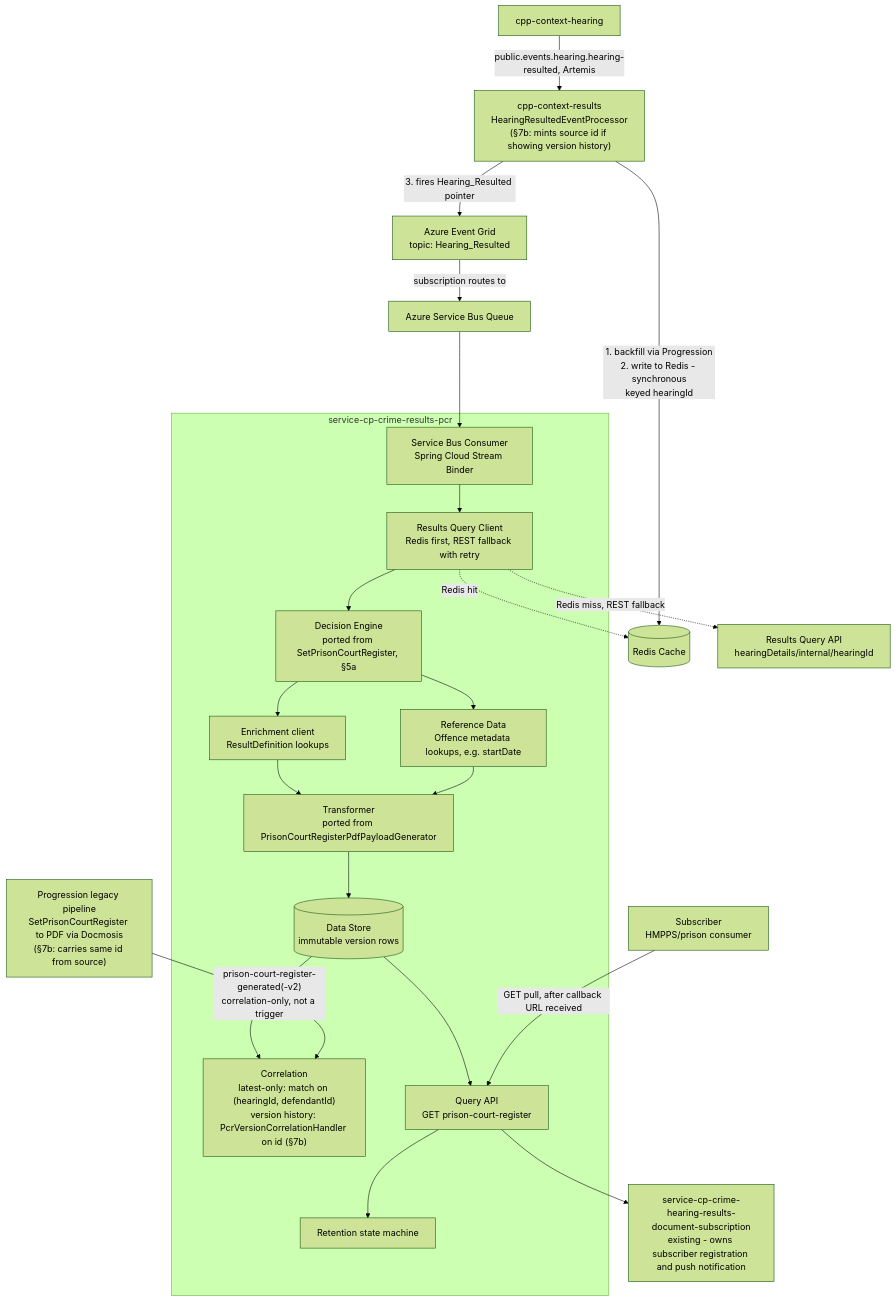
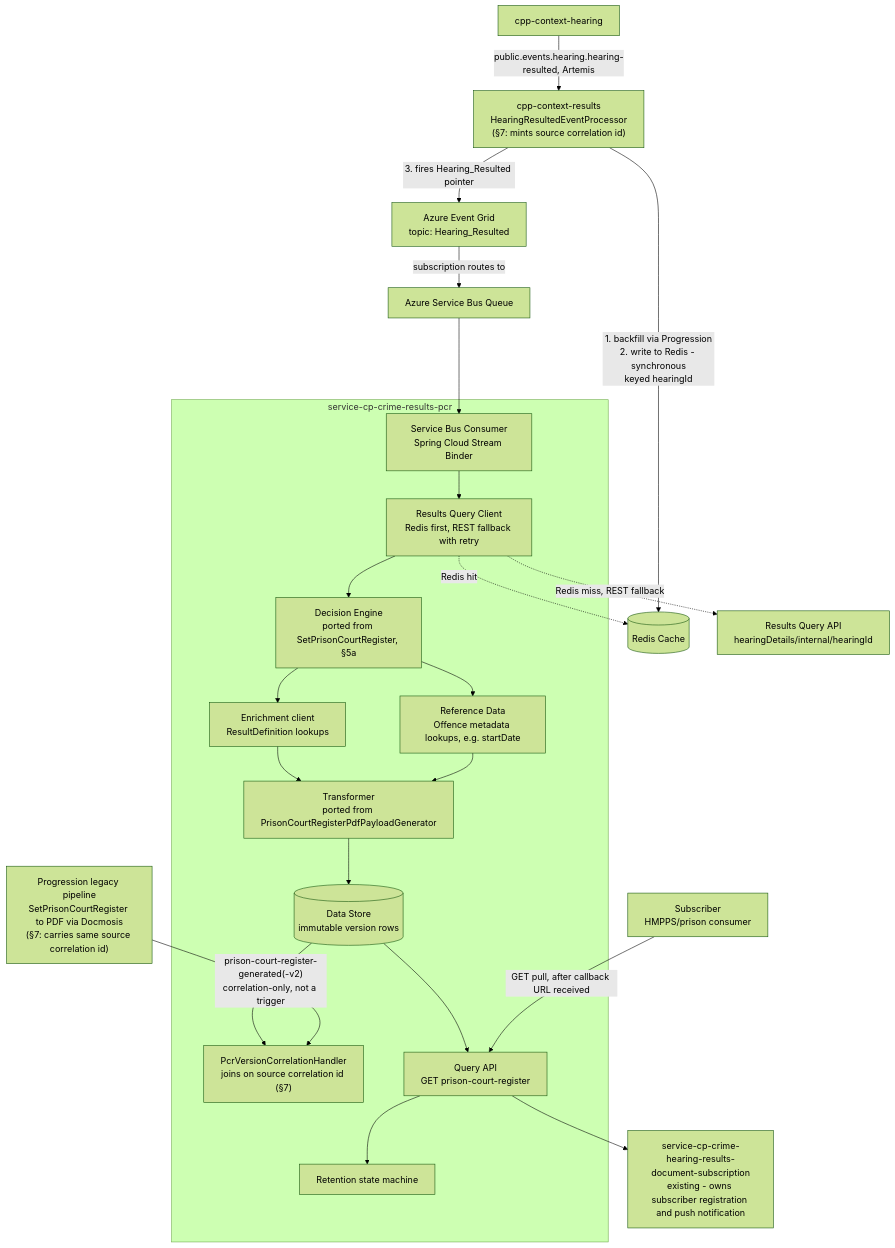
One commit to hmcts/service-cp-crime-results-pcr changed the first of 2 diagrams in docs/2026-07-16-pcr-api-marketplace-design-v2.md. Above: the diagram before and after it, drawn with Mermaid (forest theme). The commit also changed other lines of this file, not shown here.

First line of the commit message:
docs: commit §7 to version-history correlation, drop latest-only path

````diff
--- a/docs/2026-07-16-pcr-api-marketplace-design-v2.md
+++ b/docs/2026-07-16-pcr-api-marketplace-design-v2.md
@@ -31,30 +31,30 @@
 ```mermaid
 flowchart TB
-    Hearing["cpp-context-hearing"] -->|"public.events.hearing.hearing-resulted, Artemis"| Results["cpp-context-results<br/>HearingResultedEventProcessor<br/>(§7b: mints source id if showing version history)"]
+    Hearing["cpp-context-hearing"] -->|"public.events.hearing.hearing-resulted, Artemis"| Results["cpp-context-results<br/>HearingResultedEventProcessor<br/>(§7: mints source correlation id)"]
     Results -->|"1. backfill via Progression<br/>2. write to Redis - synchronous<br/>keyed hearingId"| Redis[("Redis Cache")]
     Results -->|"3. fires Hearing_Resulted pointer"| Grid["Azure Event Grid<br/>topic: Hearing_Resulted"]
     Grid -->|"subscription routes to"| Bus["Azure Service Bus Queue"]
     Bus --> Consumer
 
     subgraph PCR["service-cp-crime-results-pcr"]
         Consumer["Service Bus Consumer<br/>Spring Cloud Stream Binder"] --> Query["Results Query Client<br/>Redis first, REST fallback with retry"]
         Query --> Decision["Decision Engine<br/>ported from SetPrisonCourtRegister, §5a"]
         Decision --> Enrich["Enrichment client<br/>ResultDefinition lookups"]
         Decision --> OffenceMeta["Reference Data<br/>Offence metadata lookups, e.g. startDate"]
         Enrich --> Transform["Transformer<br/>ported from PrisonCourtRegisterPdfPayloadGenerator"]
         OffenceMeta --> Transform
         Transform --> Store[("Data Store<br/>immutable version rows")]
-        Store --> Correlator["Correlation<br/>latest-only: match on (hearingId, defendantId)<br/>version history: PcrVersionCorrelationHandler on id (§7b)"]
+        Store --> Correlator["PcrVersionCorrelationHandler<br/>joins on source correlation id (§7)"]
         Store --> API["Query API<br/>GET prison-court-register"]
         API --> Retention["Retention state machine"]
     end
 
     Query -.->|"Redis hit"| Redis
     Query -.->|"Redis miss, REST fallback"| ResultsAPI["Results Query API<br/>hearingDetails/internal/hearingId"]
 
-    Progression["Progression legacy pipeline<br/>SetPrisonCourtRegister to PDF via Docmosis<br/>(§7b: carries same id from source)"] -->|"prison-court-register-generated(-v2)<br/>correlation-only, not a trigger"| Correlator
+    Progression["Progression legacy pipeline<br/>SetPrisonCourtRegister to PDF via Docmosis<br/>(§7: carries same source correlation id)"] -->|"prison-court-register-generated(-v2)<br/>correlation-only, not a trigger"| Correlator
 
     API --> Subscription["service-cp-crime-hearing-results-document-subscription<br/>existing - owns subscriber registration and push notification"]
 
     Subscriber["Subscriber<br/>HMPPS/prison consumer"] -->|"GET pull, after callback URL received"| API
 ```
````
